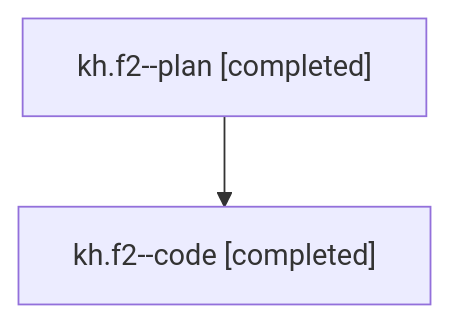
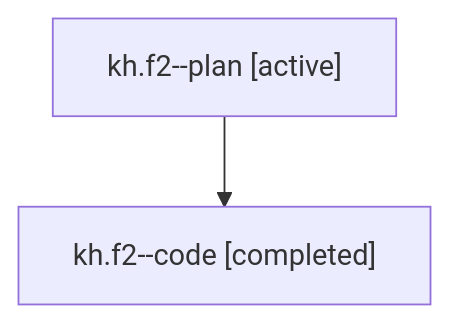
Before and after one commit to sase-org/sase--agents: the diagram in families/bbugyi200.athena.kh.f2.md, drawn with Mermaid. The commit also changed other lines of this file and 8679 other files, not shown here.

````diff
--- a/families/bbugyi200.athena.kh.f2.md
+++ b/families/bbugyi200.athena.kh.f2.md
@@ -9,6 +9,6 @@
 ```mermaid
 flowchart TD
-  n0["kh.f2--plan [completed]"]
+  n0["kh.f2--plan [active]"]
   n1["kh.f2--code [completed]"]
   n0 --> n1
 ```
````
